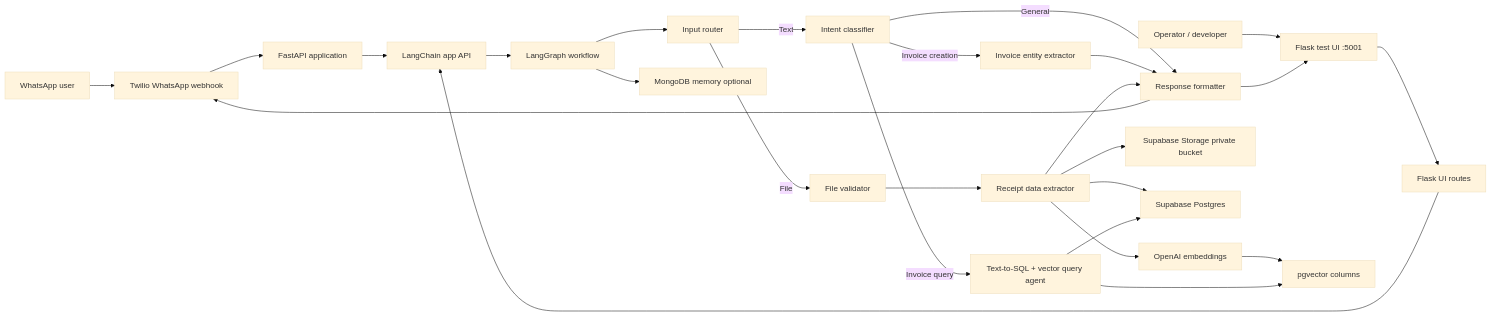
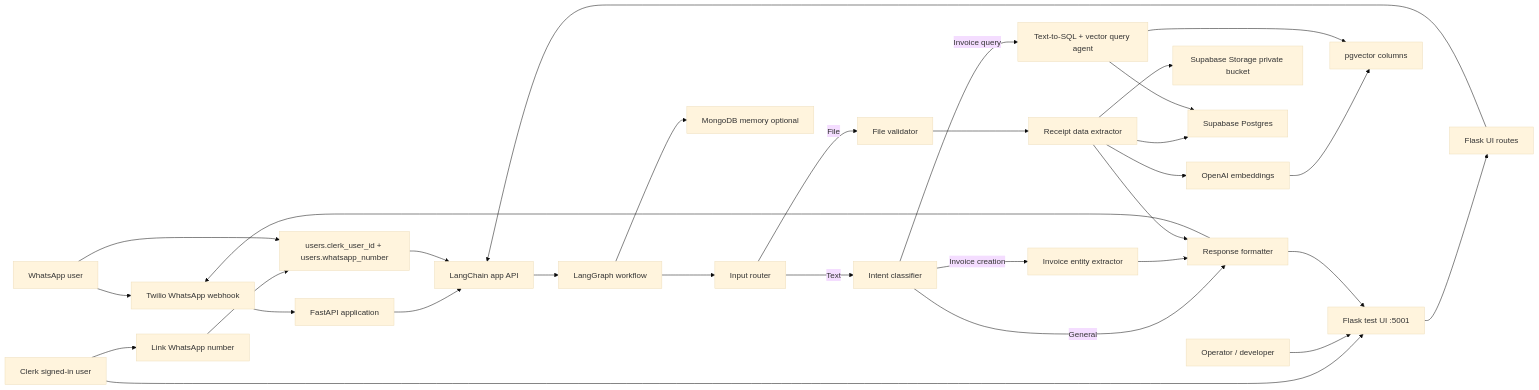
The first of 2 diagrams in README.md (Abby263/whatsapp-invoice-assistant), drawn with Mermaid (base theme) before and after one commit. The commit also changed other lines of this file and 17 other files, not shown here.

````diff
--- a/README.md
+++ b/README.md
@@ -52,34 +53,39 @@
 ```mermaid
 flowchart LR
     W["WhatsApp user"] --> T["Twilio WhatsApp webhook"]
+    C["Clerk signed-in user"] --> UI
+    C --> LINK["Link WhatsApp number"]
+    LINK --> UMAP["users.clerk_user_id + users.whatsapp_number"]
+    W --> UMAP
     O["Operator / developer"] --> UI["Flask test UI :5001"]
 
     T --> API["FastAPI application"]
     UI --> UIF["Flask UI routes"]
     UIF --> LAPI["LangChain app API"]
     API --> LAPI
+    UMAP --> LAPI
 
     LAPI --> WF["LangGraph workflow"]
     WF --> R["Input router"]
     R -->|Text| IC["Intent classifier"]
     R -->|File| FV["File validator"]
 
     IC -->|Invoice query| SQL["Text-to-SQL + vector query agent"]
     IC -->|Invoice creation| IE["Invoice entity extractor"]
     IC -->|General| RF["Response formatter"]
 
     FV --> DE["Receipt data extractor"]
     DE --> ST["Supabase Storage private bucket"]
     DE --> PG["Supabase Postgres"]
     DE --> EMB["OpenAI embeddings"]
     EMB --> VEC["pgvector columns"]
 
     SQL --> PG
     SQL --> VEC
     IE --> RF
     DE --> RF
     RF --> T
     RF --> UI
 
     WF --> MEM["MongoDB memory optional"]
 ```
````
